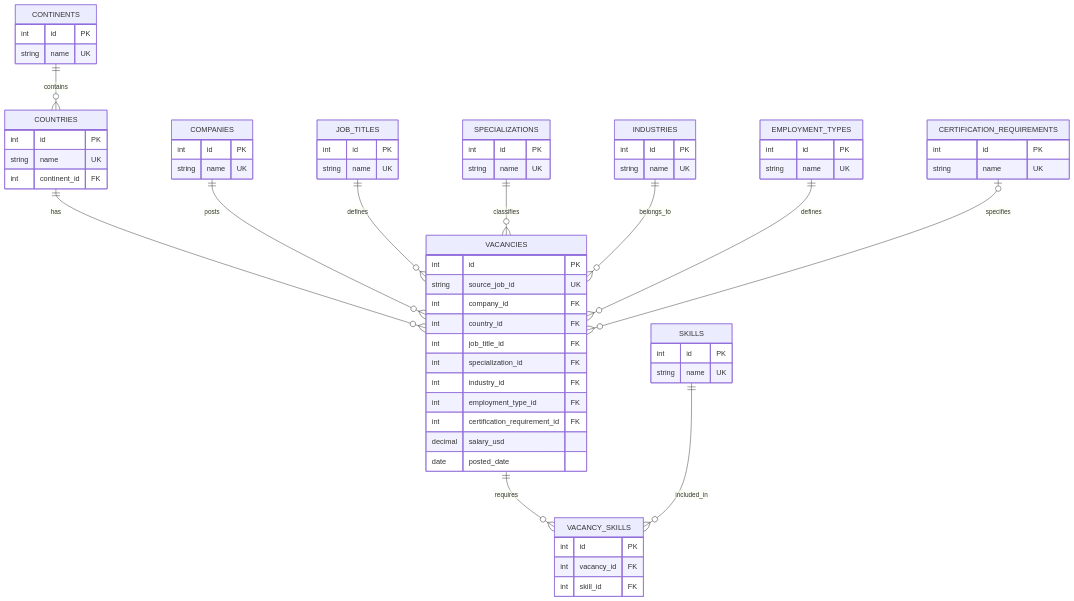
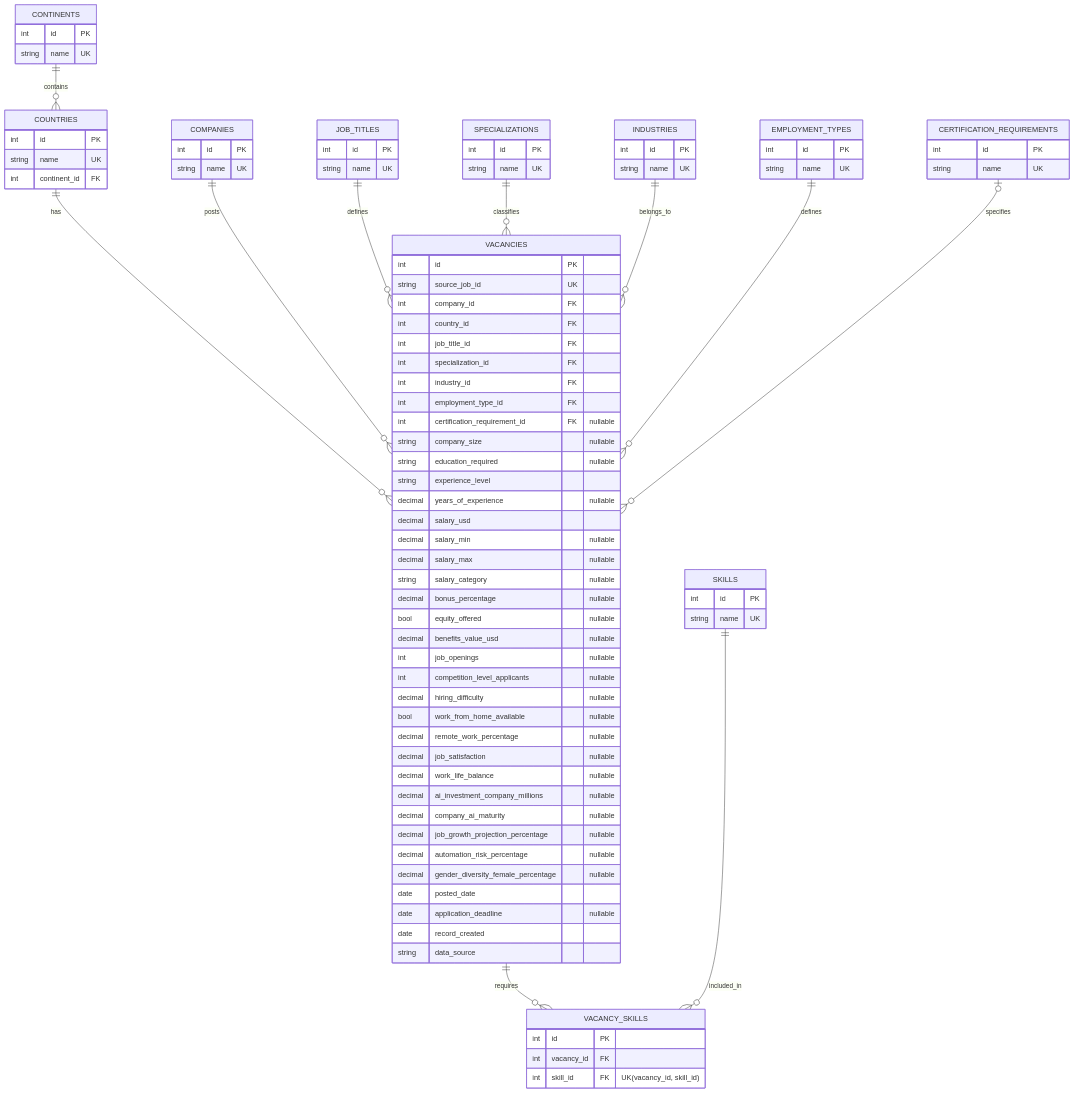
One commit to NRina4/AI_Jobs_Research changed the diagram in docs/erd.md. Above: the diagram before and after it, drawn with Mermaid. The commit also changed other lines of this file and 3 other files, not shown here.

Commit message:
docs: update readme, erd and project docs with coverage report

````diff
--- a/docs/erd.md
+++ b/docs/erd.md
@@ -6,79 +5,76 @@
 ```mermaid
 erDiagram
-    CONTINENTS ||--o{ COUNTRIES: contains
-    COUNTRIES ||--o{ VACANCIES: has
-    COMPANIES ||--o{ VACANCIES: posts
-    JOB_TITLES ||--o{ VACANCIES: defines
-    SPECIALIZATIONS ||--o{ VACANCIES: classifies
-    INDUSTRIES ||--o{ VACANCIES: belongs_to
-    EMPLOYMENT_TYPES ||--o{ VACANCIES: defines
-    CERTIFICATION_REQUIREMENTS o|--o{ VACANCIES: specifies
-    VACANCIES ||--o{ VACANCY_SKILLS: requires
-    SKILLS ||--o{ VACANCY_SKILLS: included_in
+    CONTINENTS ||--o{ COUNTRIES : contains
+    COUNTRIES ||--o{ VACANCIES : has
+    COMPANIES ||--o{ VACANCIES : posts
+    JOB_TITLES ||--o{ VACANCIES : defines
+    SPECIALIZATIONS ||--o{ VACANCIES : classifies
+    INDUSTRIES ||--o{ VACANCIES : belongs_to
+    EMPLOYMENT_TYPES ||--o{ VACANCIES : defines
+    CERTIFICATION_REQUIREMENTS o|--o{ VACANCIES : specifies
+    VACANCIES ||--o{ VACANCY_SKILLS : requires
+    SKILLS ||--o{ VACANCY_SKILLS : included_in
 
     CONTINENTS {
         int id PK
         string name UK
     }
-
     COUNTRIES {
         int id PK
         string name UK
         int continent_id FK
     }
-
-    COMPANIES {
-        int id PK
-        string name UK
-    }
-
-    JOB_TITLES {
-        int id PK
-        string name UK
-    }
-
-    SPECIALIZATIONS {
-        int id PK
-        string name UK
-    }
-
-    INDUSTRIES {
-        int id PK
-        string name UK
-    }
-
-    EMPLOYMENT_TYPES {
-        int id PK
-        string name UK
-    }
-
-    CERTIFICATION_REQUIREMENTS {
-        int id PK
-        string name UK
-    }
-
-    SKILLS {
-        int id PK
-        string name UK
-    }
+    COMPANIES { int id PK string name UK }
+    JOB_TITLES { int id PK string name UK }
+    SPECIALIZATIONS { int id PK string name UK }
+    INDUSTRIES { int id PK string name UK }
+    EMPLOYMENT_TYPES { int id PK string name UK }
+    CERTIFICATION_REQUIREMENTS { int id PK string name UK }
+    SKILLS { int id PK string name UK }
 
     VACANCIES {
         int id PK
         string source_job_id UK
         int company_id FK
         int country_id FK
         int job_title_id FK
         int specialization_id FK
         int industry_id FK
         int employment_type_id FK
-        int certification_requirement_id FK
+        int certification_requirement_id FK "nullable"
+        string company_size "nullable"
+        string education_required "nullable"
+        string experience_level
+        decimal years_of_experience "nullable"
         decimal salary_usd
+        decimal salary_min "nullable"
+        decimal salary_max "nullable"
+        string salary_category "nullable"
+        decimal bonus_percentage "nullable"
+        bool equity_offered "nullable"
+        decimal benefits_value_usd "nullable"
+        int job_openings "nullable"
+        int competition_level_applicants "nullable"
+        decimal hiring_difficulty "nullable"
+        bool work_from_home_available "nullable"
+        decimal remote_work_percentage "nullable"
+        decimal job_satisfaction "nullable"
+        decimal work_life_balance "nullable"
+        decimal ai_investment_company_millions "nullable"
+        decimal company_ai_maturity "nullable"
+        decimal job_growth_projection_percentage "nullable"
+        decimal automation_risk_percentage "nullable"
+        decimal gender_diversity_female_percentage "nullable"
         date posted_date
+        date application_deadline "nullable"
+        date record_created
+        string data_source
     }
 
     VACANCY_SKILLS {
         int id PK
         int vacancy_id FK
         int skill_id FK
+        "UK(vacancy_id, skill_id)"
     }
 ```
````
